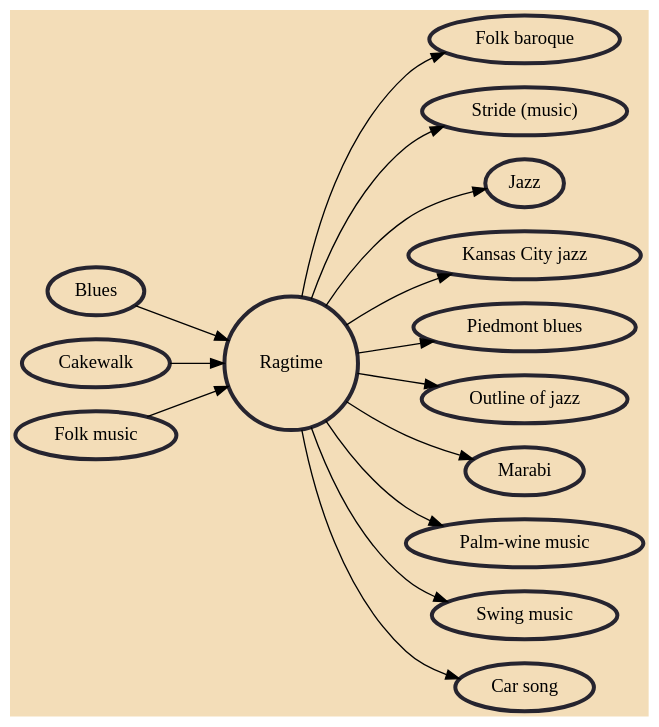
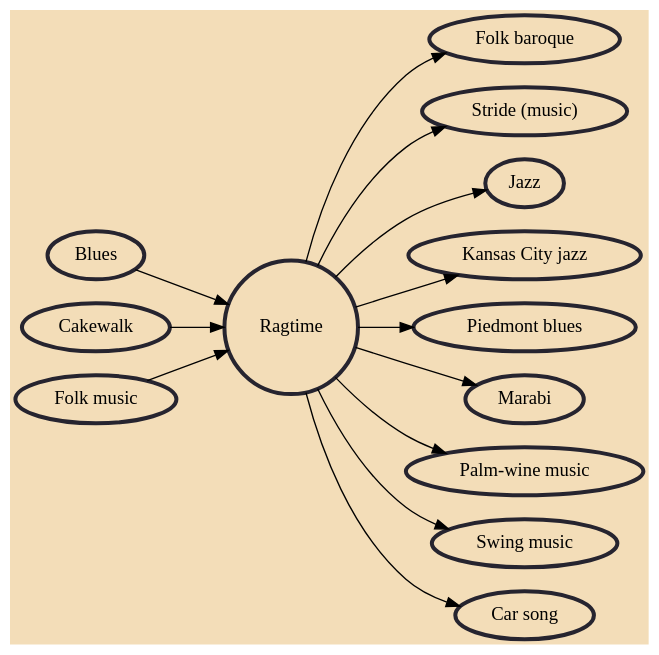
Before and after one commit to avengerpenguin/musicgenres: the diagram in Music/Ragtime.md, drawn with Graphviz. The commit also changed other lines of this file and 9 other files, not shown here.

Commit message:
Remove anomaly with Outline of jazz page

````diff
--- a/Music/Ragtime.md
+++ b/Music/Ragtime.md
@@ -6,33 +6,31 @@
 ```dot
 digraph {
 	graph [bgcolor="#F3DDB8" rankdir=LR]
 	node [color="#26242F" penwidth=3.0]
 	Ragtime [shape=circle]
 	Blues [URL="/blues/"]
 	Blues -> Ragtime
 	Cakewalk [URL="/cakewalk/"]
 	Cakewalk -> Ragtime
 	"Folk music" [URL="/folk-music/"]
 	"Folk music" -> Ragtime
 	"Folk baroque" [URL="/folk-baroque/"]
 	Ragtime -> "Folk baroque"
 	"Stride (music)" [URL="/stride-music/"]
 	Ragtime -> "Stride (music)"
 	Jazz [URL="/jazz/"]
 	Ragtime -> Jazz
 	"Kansas City jazz" [URL="/kansas-city-jazz/"]
 	Ragtime -> "Kansas City jazz"
 	"Piedmont blues" [URL="/piedmont-blues/"]
 	Ragtime -> "Piedmont blues"
-	"Outline of jazz" [URL="/outline-of-jazz/"]
-	Ragtime -> "Outline of jazz"
 	Marabi [URL="/marabi/"]
 	Ragtime -> Marabi
 	"Palm-wine music" [URL="/palm-wine-music/"]
 	Ragtime -> "Palm-wine music"
 	"Swing music" [URL="/swing-music/"]
 	Ragtime -> "Swing music"
 	"Car song" [URL="/car-song/"]
 	Ragtime -> "Car song"
 }
 ```
````
